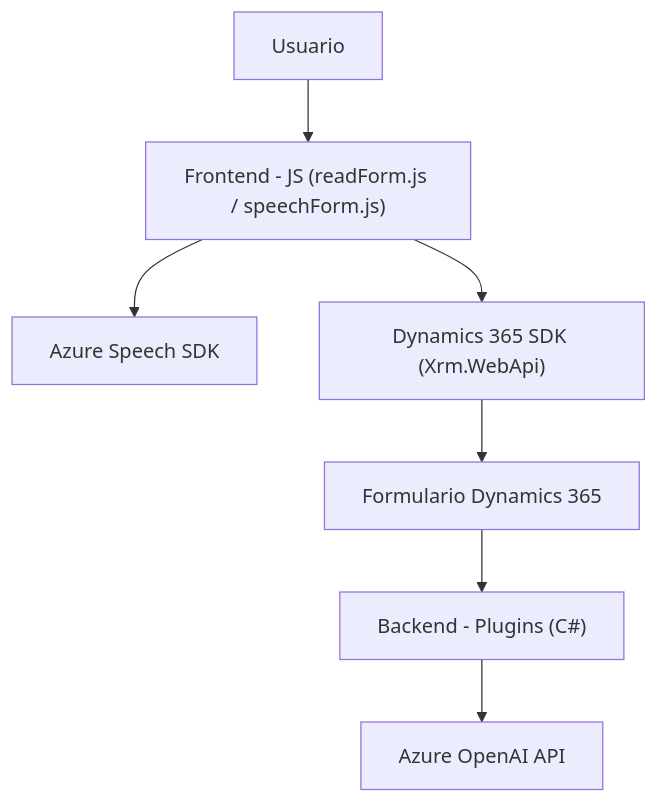
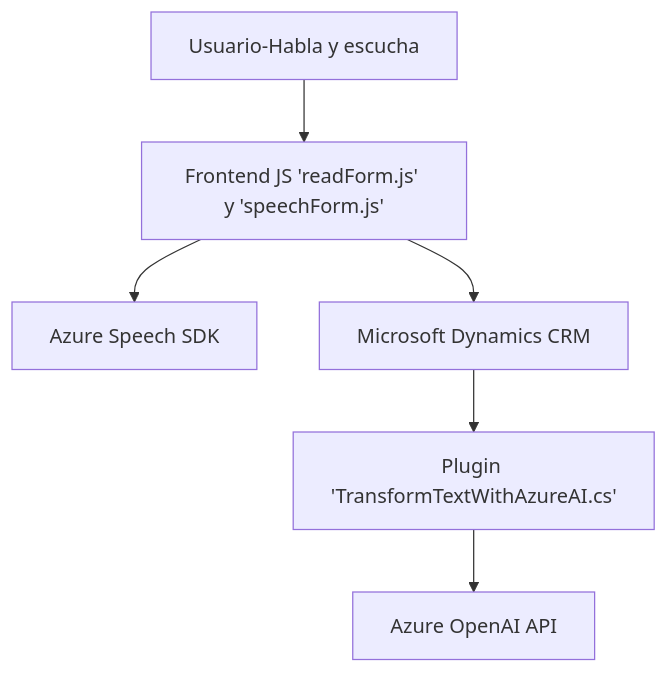
The diagram in README.md (blopezdm/NETCORE_BILBAO2025), drawn with Mermaid before and after one commit. The commit also changed other lines of this file, not shown here.

````diff
--- a/README.md
+++ b/README.md
@@ -62,9 +39,15 @@
 ```mermaid
 graph TD
-    A["Usuario"] --> B["Frontend - JS (readForm.js / speechForm.js)"]
-    B --> C["Azure Speech SDK"]
-    B --> D["Dynamics 365 SDK (Xrm.WebApi)"]
-    D --> E["Formulario Dynamics 365"]
-    E --> F["Backend - Plugins (C#)"]
-    F --> G["Azure OpenAI API"]
+    A["Usuario-Habla y escucha"]
+    B["Frontend JS 'readForm.js' y 'speechForm.js'"]
+    C["Azure Speech SDK"]
+    D["Microsoft Dynamics CRM"]
+    E["Plugin 'TransformTextWithAzureAI.cs'"]
+    F["Azure OpenAI API"]
+    
+    A --> B
+    B --> C
+    B --> D
+    D --> E
+    E --> F
 ```
````
